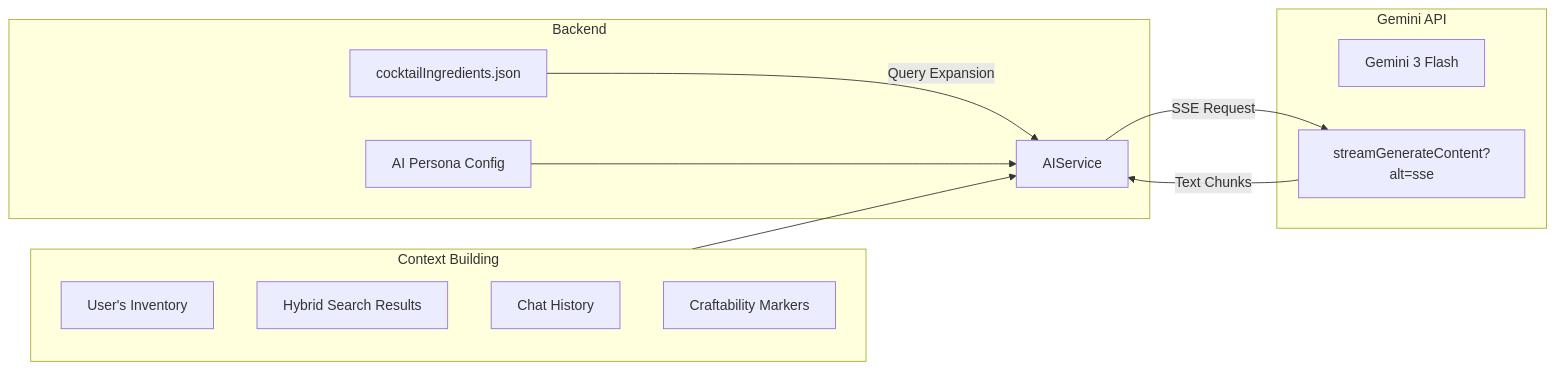
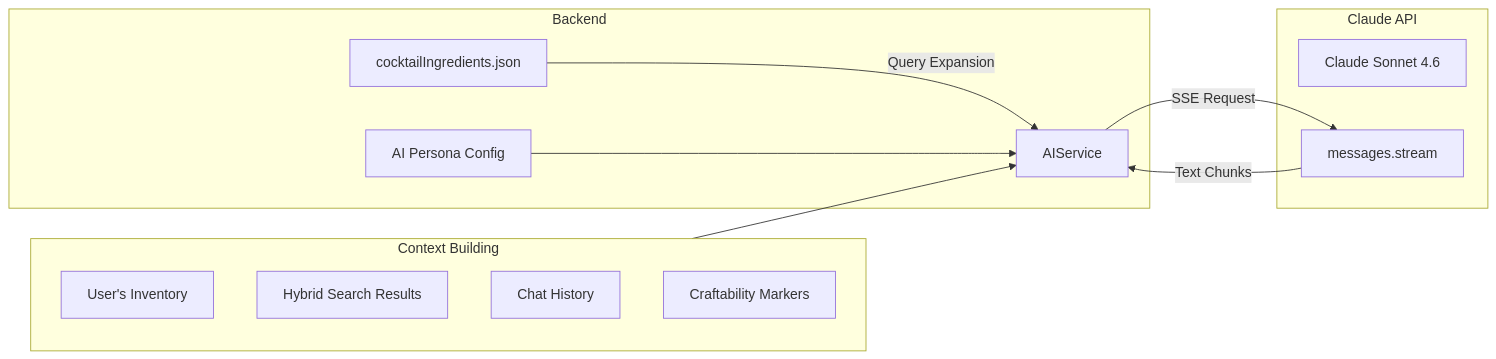
Before and after one commit to JLawMcGraw/alchemix: diagram 11 of 12 in Documentation/ARCHITECTURE.md, drawn with Mermaid. The commit also changed other lines of this file and 27 other files, not shown here.

First line of the commit message:
feat: migrate AI to Claude Sonnet 4.6, add bottle photos, redesign BottleCard

````diff
--- a/Documentation/ARCHITECTURE.md
+++ b/Documentation/ARCHITECTURE.md
@@ -769,26 +770,26 @@
 ```mermaid
 graph LR
     subgraph Backend
         AIService[AIService]
         Persona[AI Persona Config]
         CocktailData[cocktailIngredients.json]
     end
 
-    subgraph GeminiAPI["Gemini API"]
-        Models[Gemini 3 Flash]
-        Stream[streamGenerateContent?alt=sse]
+    subgraph ClaudeAPI["Claude API"]
+        Models[Claude Sonnet 4.6]
+        Stream[messages.stream]
     end
 
     subgraph Context["Context Building"]
         Inventory[User's Inventory]
         SearchResults[Hybrid Search Results]
         History[Chat History]
         Markers[Craftability Markers]
     end
 
     CocktailData -->|Query Expansion| AIService
     Context --> AIService
     Persona --> AIService
     AIService -->|SSE Request| Stream
     Stream -->|Text Chunks| AIService
 ```
````
